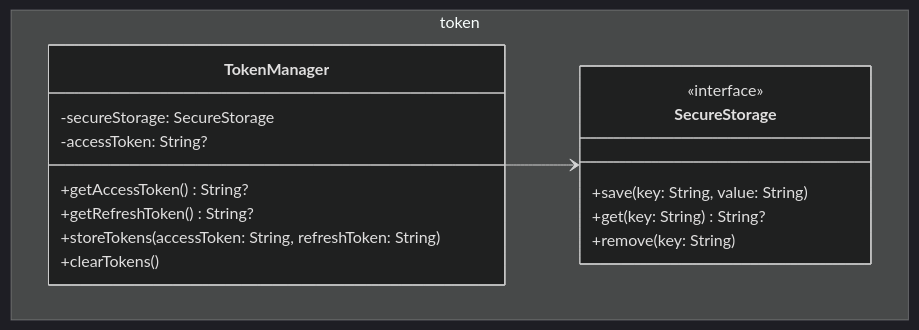
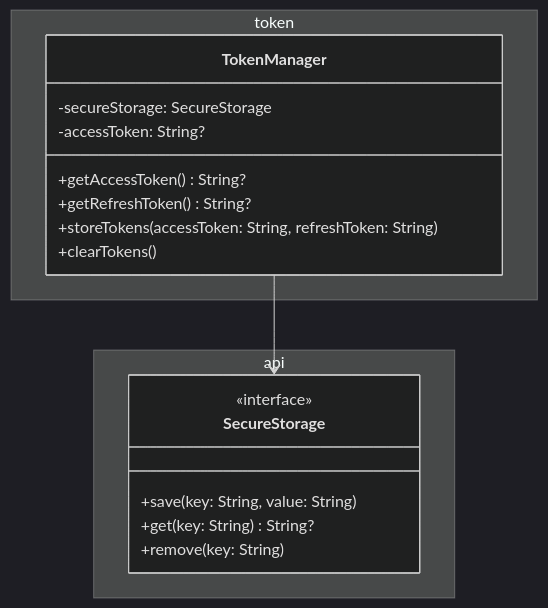
Before and after one commit to thomas-sartini/ble-booking-system: the diagram in docs/report/assets/mobile-token-classes.mmd, drawn with Mermaid (dark theme). The commit also changed 6 other files, not shown here.

Commit message:
docs(mobile): align class diagrams with core architecture

```diff
--- a/docs/report/assets/mobile-token-classes.mmd
+++ b/docs/report/assets/mobile-token-classes.mmd
@@ -1,22 +1,24 @@
 classDiagram
     direction TB
 
     namespace token {
         class TokenManager {
             -secureStorage: SecureStorage
             -accessToken: String?
             +getAccessToken() String?
             +getRefreshToken() String?
             +storeTokens(accessToken: String, refreshToken: String)
             +clearTokens()
         }
+    }
 
+    namespace api {
         class SecureStorage {
             <<interface>>
             +save(key: String, value: String)
             +get(key: String) String?
             +remove(key: String)
         }
     }
 
     TokenManager --> SecureStorage
```
